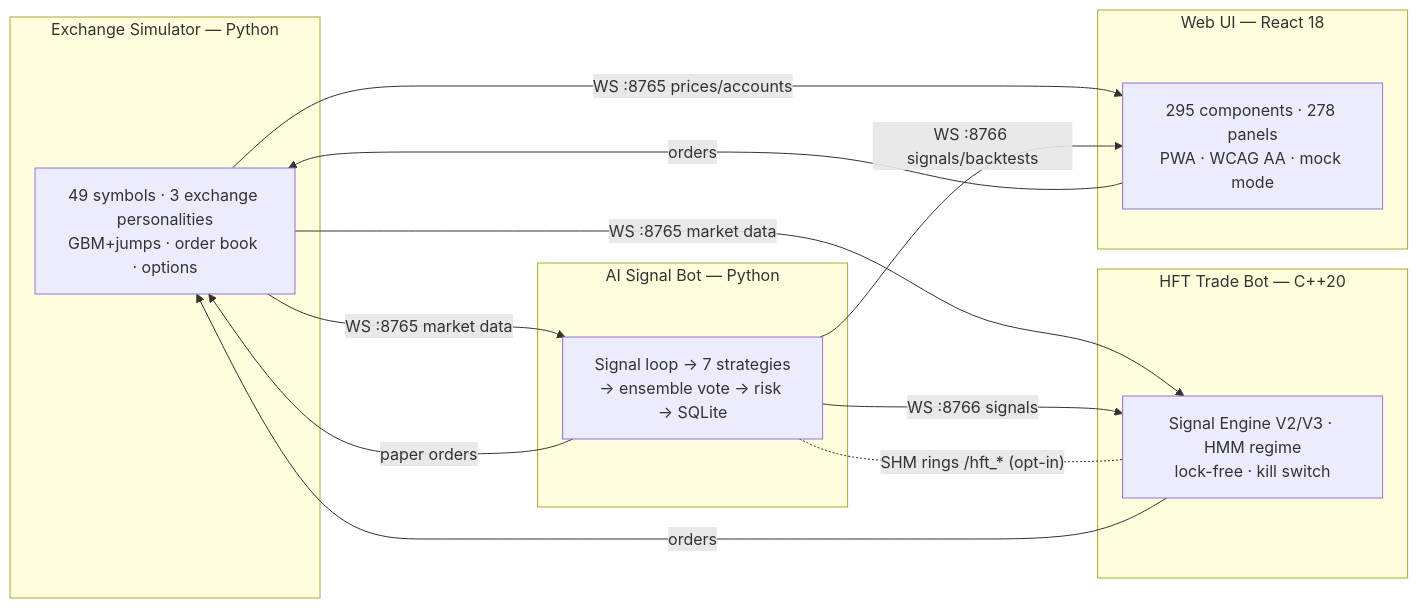
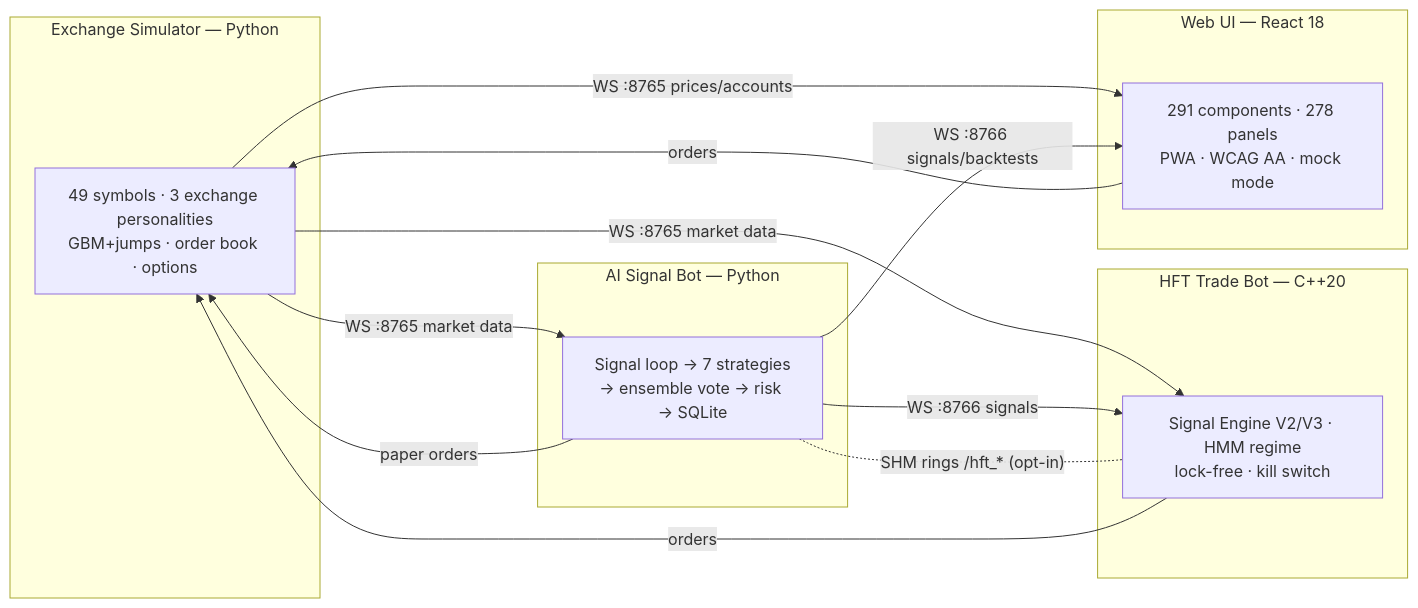
Before and after one commit to ezpectus/HFT-trading-simulator: the diagram in README.md, drawn with Mermaid. The commit also changed other lines of this file and 3 other files, not shown here.

````diff
--- a/README.md
+++ b/README.md
@@ -14,25 +14,25 @@
 ```mermaid
 flowchart LR
     subgraph SIM["Exchange Simulator — Python"]
         ES["49 symbols · 3 exchange personalities<br/>GBM+jumps · order book · options"]
     end
     subgraph BOT["AI Signal Bot — Python"]
         AI["Signal loop → 7 strategies<br/>→ ensemble vote → risk → SQLite"]
     end
     subgraph HFT["HFT Trade Bot — C++20"]
         CPP["Signal Engine V2/V3 · HMM regime<br/>lock-free · kill switch"]
     end
     subgraph UI["Web UI — React 18"]
-        WEB["295 components · 278 panels<br/>PWA · WCAG AA · mock mode"]
+        WEB["291 components · 278 panels<br/>PWA · WCAG AA · mock mode"]
     end
 
     ES -- "WS :8765 market data" --> AI
     ES -- "WS :8765 market data" --> CPP
     ES -- "WS :8765 prices/accounts" --> WEB
     AI -- "WS :8766 signals" --> CPP
     AI -- "WS :8766 signals/backtests" --> WEB
     AI -- "paper orders" --> ES
     CPP -- "orders" --> ES
     WEB -- "orders" --> ES
     AI -. "SHM rings /hft_* (opt-in)" .- CPP
 ```
````
